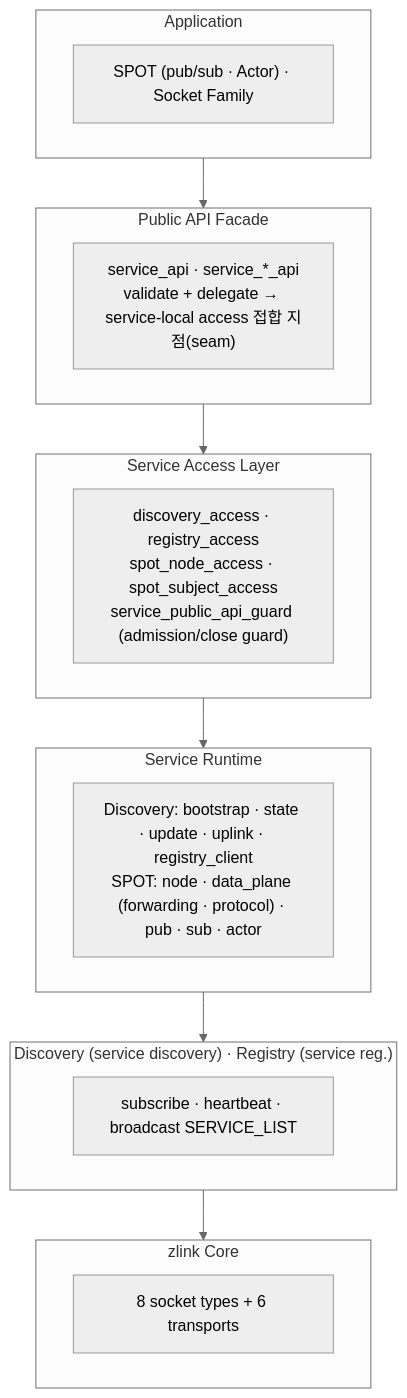
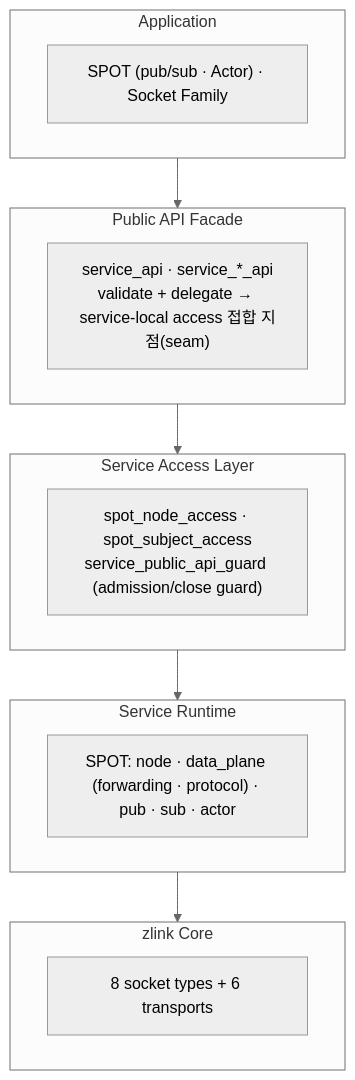
The first of 3 diagrams in core/doc/guide/07-0-services.ko.md (kairos-code-dev/zlink), drawn with Mermaid (neutral theme) before and after one commit. The commit also changed other lines of this file and 34 other files, not shown here.

Commit message:
Clean removed discovery registry docs

````diff
--- a/core/doc/guide/07-0-services.ko.md
+++ b/core/doc/guide/07-0-services.ko.md
@@ -59,28 +59,24 @@
 ```mermaid
 flowchart TB
     subgraph app["Application"]
         A1["SPOT (pub/sub · Actor) · Socket Family"]
     end
 
     subgraph facade["Public API Facade"]
         F1["service_api · service_*_api<br/>validate + delegate → service-local access 접합 지점(seam)"]
     end
 
     subgraph access["Service Access Layer"]
-        AC1["discovery_access · registry_access<br/>spot_node_access · spot_subject_access<br/>service_public_api_guard (admission/close guard)"]
+        AC1["spot_node_access · spot_subject_access<br/>service_public_api_guard (admission/close guard)"]
     end
 
     subgraph runtime["Service Runtime"]
-        RT1["Discovery: bootstrap · state · update · uplink · registry_client<br/>SPOT: node · data_plane (forwarding · protocol) · pub · sub · actor"]
-    end
-
-    subgraph infra["Discovery (service discovery) · Registry (service reg.)"]
-        IN1["subscribe · heartbeat · broadcast SERVICE_LIST"]
+        RT1["SPOT: node · data_plane (forwarding · protocol) · pub · sub · actor"]
     end
 
     subgraph core["zlink Core"]
         C1["8 socket types + 6 transports"]
     end
 
-    app --> facade --> access --> runtime --> infra --> core
+    app --> facade --> access --> runtime --> core
 ```
````
